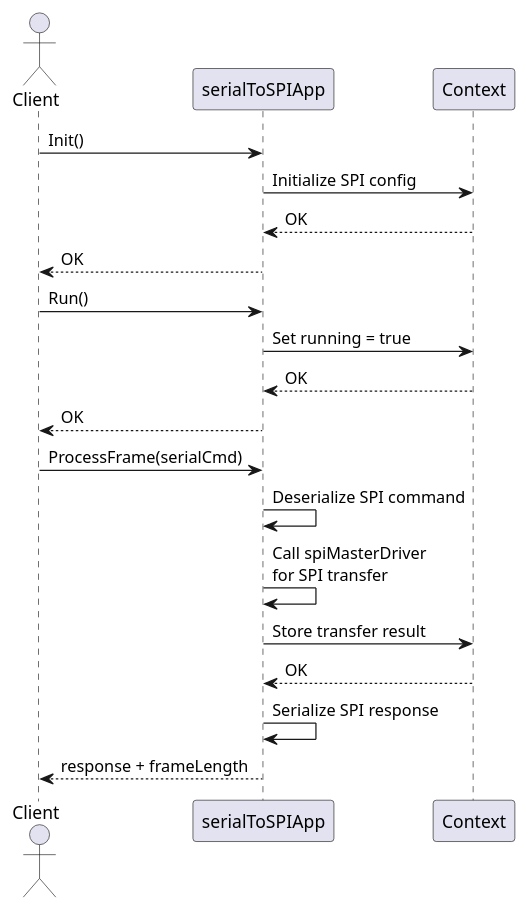
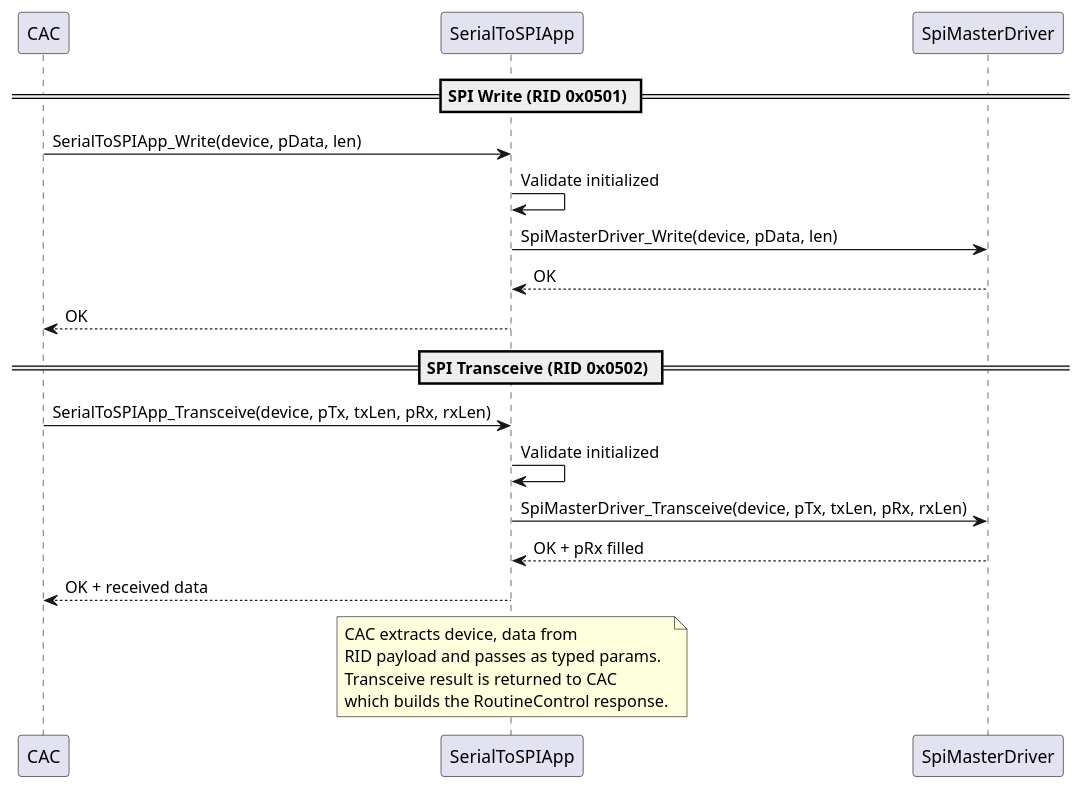
The diagram in 3_swComp/layer3Application/serialToSPIApp/2_design/serialToSPIAppSequenceDiagram.puml (LinhTrucVo/Bico_Protocol_Bridge), drawn with PlantUML before and after one commit. The commit also changed 87 other files, not shown here.

```diff
--- a/3_swComp/layer3Application/serialToSPIApp/2_design/serialToSPIAppSequenceDiagram.puml
+++ b/3_swComp/layer3Application/serialToSPIApp/2_design/serialToSPIAppSequenceDiagram.puml
@@ -1,23 +1,26 @@
 @startuml serialToSPIAppSequenceDiagram
-actor Client
-participant "serialToSPIApp" as app
-participant "Context" as ctx
+participant "CAC" as cac
+participant "SerialToSPIApp" as app
+participant "SpiMasterDriver" as drv
 
-Client -> app : Init()
-app -> ctx : Initialize SPI config
-ctx --> app : OK
-app --> Client : OK
+== SPI Write (RID 0x0501) ==
+cac -> app : SerialToSPIApp_Write(device, pData, len)
+app -> app : Validate initialized
+app -> drv : SpiMasterDriver_Write(device, pData, len)
+drv --> app : OK
+app --> cac : OK
 
-Client -> app : Run()
-app -> ctx : Set running = true
-ctx --> app : OK
-app --> Client : OK
+== SPI Transceive (RID 0x0502) ==
+cac -> app : SerialToSPIApp_Transceive(device, pTx, txLen, pRx, rxLen)
+app -> app : Validate initialized
+app -> drv : SpiMasterDriver_Transceive(device, pTx, txLen, pRx, rxLen)
+drv --> app : OK + pRx filled
+app --> cac : OK + received data
 
-Client -> app : ProcessFrame(serialCmd)
-app -> app : Deserialize SPI command
-app -> app : Call spiMasterDriver\nfor SPI transfer
-app -> ctx : Store transfer result
-ctx --> app : OK
-app -> app : Serialize SPI response
-app --> Client : response + frameLength
+note over app
+  CAC extracts device, data from
+  RID payload and passes as typed params.
+  Transceive result is returned to CAC
+  which builds the RoutineControl response.
+end note
 @enduml
```
